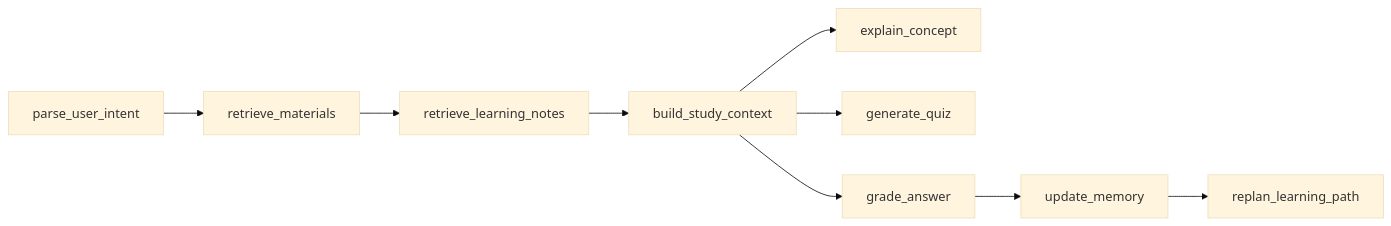
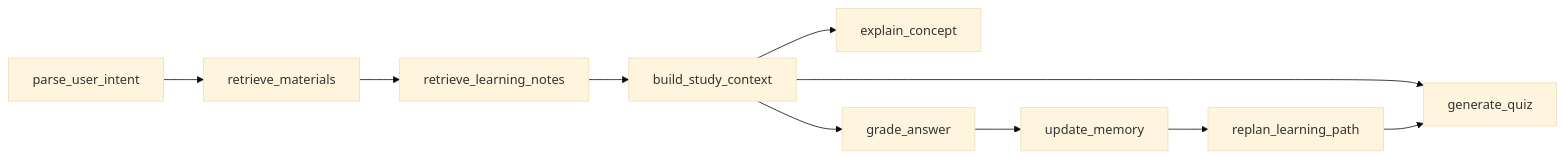
The diagram in README.md (Qtte/studyloop), drawn with Mermaid (base theme) before and after one commit. The commit also changed other lines of this file and 1 other file, not shown here.

````diff
--- a/README.md
+++ b/README.md
@@ -295,11 +247,12 @@
 ```mermaid
 flowchart LR
     A[parse_user_intent] --> B[retrieve_materials]
     B --> C[retrieve_learning_notes]
     C --> D[build_study_context]
     D --> E[explain_concept]
     D --> F[generate_quiz]
     D --> G[grade_answer]
     G --> H[update_memory]
     H --> I[replan_learning_path]
+    I --> F
 ```
````
